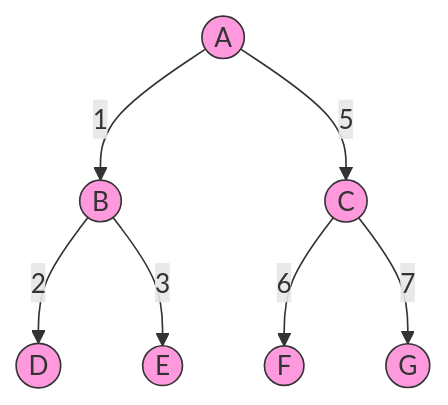
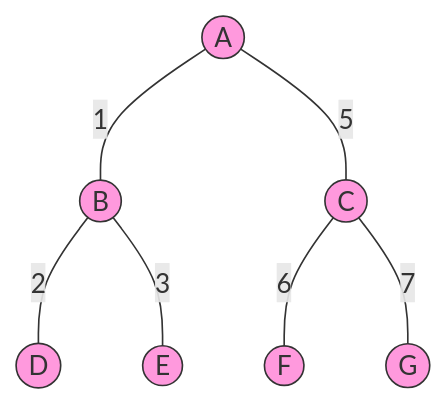
The second of 26 diagrams in docs/10.软考/10.软件设计师/10.数据结构与算法/15.树.md (mujin-lin/mujin-blog), drawn with Mermaid before and after one commit. The commit also changed other lines of this file and 2 other files, not shown here.

Commit message:
整理树的文章，增加图的文章内容

````diff
--- a/docs/10.软考/10.软件设计师/10.数据结构与算法/15.树.md
+++ b/docs/10.软考/10.软件设计师/10.数据结构与算法/15.树.md
@@ -133,16 +133,16 @@
     ```mermaid
     graph TD
-        A((A)) -->|1| B((B))
-        A((A)) -->|5| C((C))
-        B((B)) -->|2| D((D))
-        B((B)) -->|3| E((E))
-        C((C)) -->|6| F((F))
-        C((C)) -->|7| G((G))
+        A((A)) ---|1| B((B))
+        A((A)) ---|5| C((C))
+        B((B)) ---|2| D((D))
+        B((B)) ---|3| E((E))
+        C((C)) ---|6| F((F))
+        C((C)) ---|7| G((G))
         style A fill:#f9d,stroke:#333
         style B fill:#f9d,stroke:#333
         style D fill:#f9d,stroke:#333
         style E fill:#f9d,stroke:#333
         style C fill:#f9d,stroke:#333
         style F fill:#f9d,stroke:#333
         style G fill:#f9d,stroke:#333
     ```
````
